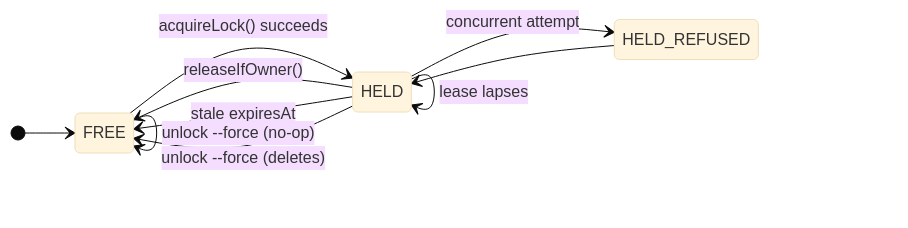
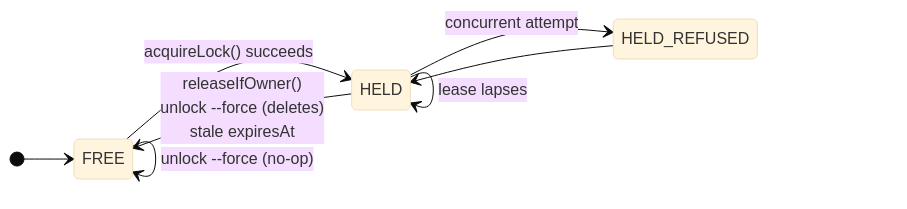
Before and after one commit to iamcalegari/mongoat: the diagram in docs/explanation/migration-lock.md, drawn with Mermaid (base theme). The commit also changed other lines of this file and 1 other file, not shown here.

First line of the commit message:
docs: group the three HELD -> FREE triggers into one transition

````diff
--- a/docs/explanation/migration-lock.md
+++ b/docs/explanation/migration-lock.md
@@ -91,13 +91,11 @@
 ```mermaid
 stateDiagram-v2
     direction LR
     [*] --> FREE
     FREE --> HELD: acquireLock() succeeds
     HELD --> HELD_REFUSED: concurrent attempt
     HELD_REFUSED --> HELD
-    HELD --> FREE: releaseIfOwner()
+    HELD --> FREE: releaseIfOwner()<br/>unlock --force (deletes)<br/>stale expiresAt
     HELD --> HELD: lease lapses
-    HELD --> FREE: stale expiresAt
     FREE --> FREE: unlock --force (no-op)
-    HELD --> FREE: unlock --force (deletes)
 ```
````
